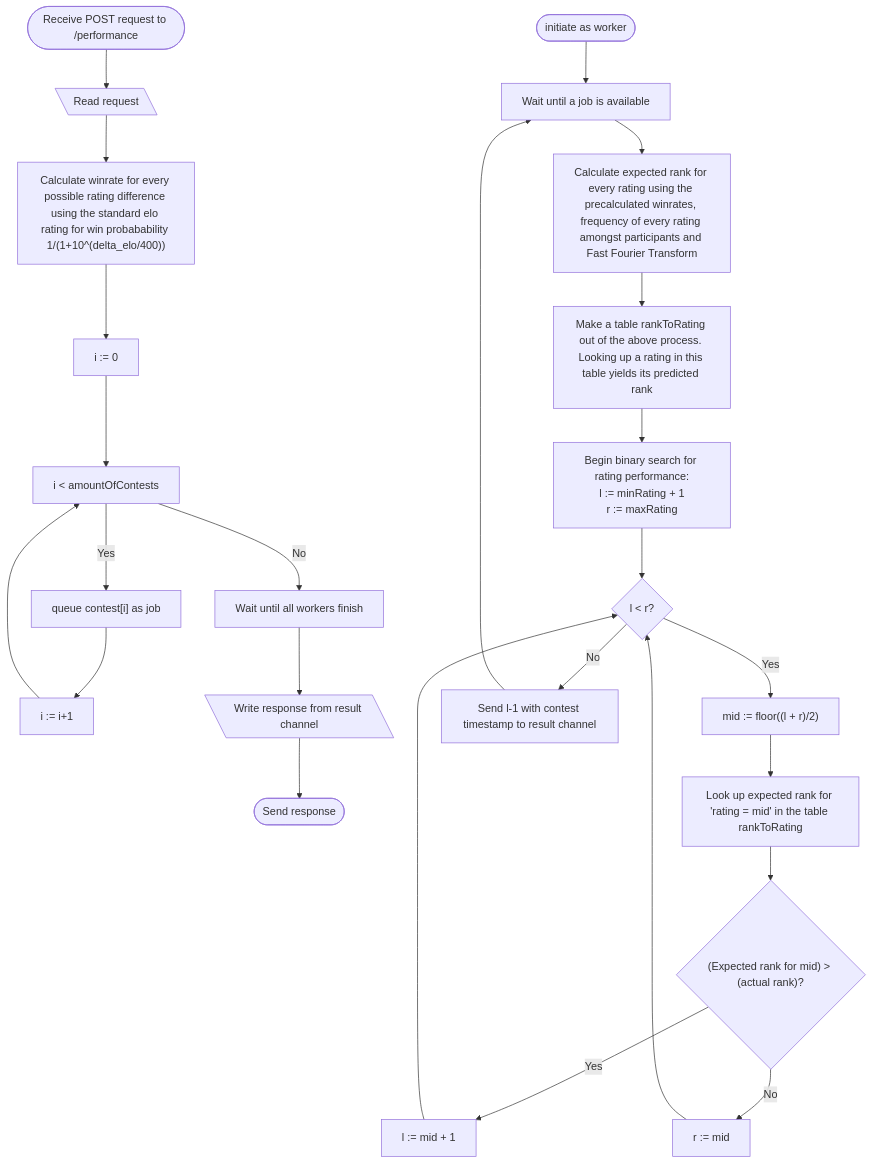
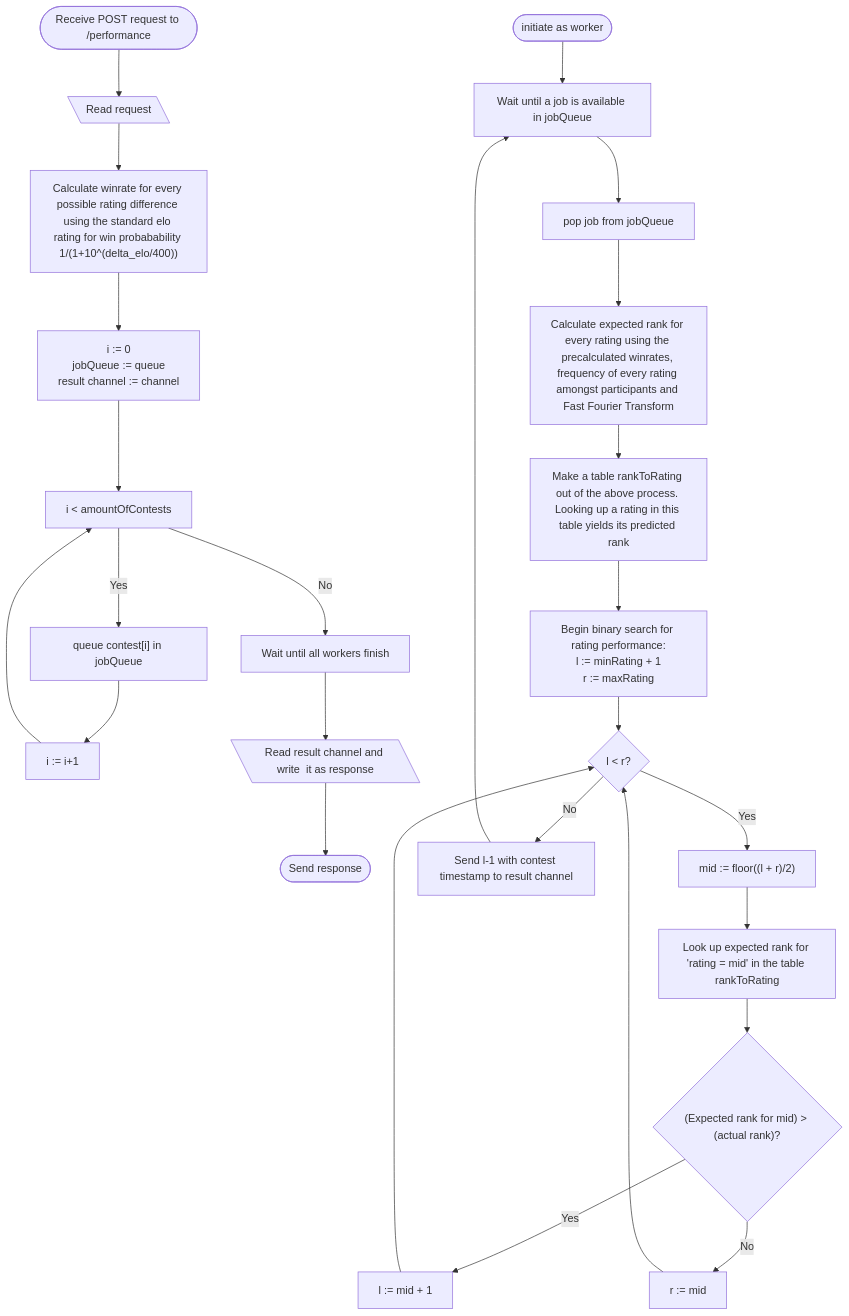
One commit to Yuqzii/codeforces-insights changed the diagram in docs/performance.md. Above: the diagram before and after it, drawn with Mermaid. The commit also changed other lines of this file, not shown here.

Commit message:
Improve response spec performance.md

````diff
--- a/docs/performance.md
+++ b/docs/performance.md
@@ -23,29 +26,30 @@
 ```mermaid
 flowchart TD
 	stadiumStart(["`Receive POST request to /performance`"])
 	--> paraRevStart[\"Read request"\]
 	--> WR["Calculate winrate for every possible rating difference using the standard elo rating for win probabability 1/(1+10^(delta_elo/400))"]
-	--> iterator["i := 0"]
+	--> iterator["i := 0 <br> jobQueue := queue <br> result channel := channel"]
 	--> forLoop["i < amountOfContests"]
-	forLoop -- Yes	--> addJ*b["queue contest[i] as job"]
+	forLoop -- Yes	--> addJ*b["queue contest[i] in jobQueue"]
 	--> increment[i := i+1] --> forLoop
 	forLoop -- No --> waitForWorkers["Wait until all workers finish"]
-	--> paraRevEnd[\"`Write response from result channel`"\]
+	--> paraRevEnd[\"`Read result channel and write  it as response`"\]
 	--> stadiumEnd(["`Send response`"])
+
 	Worker(["initiate as worker"])
-	--> WaitForJ*b["Wait until a job is available"] 
+	--> WaitForJ*b["Wait until a job is available in jobQueue"] 
+	--> getJob["pop job from jobQueue"]
 	--> Types["Calculate expected rank for every rating using the precalculated winrates, frequency of every rating amongst participants and Fast Fourier Transform"]
 	--> Table["Make a table rankToRating out of the above process. Looking up a rating in this table yields its predicted rank"]
 	--> DeclareLR["Begin binary search for rating performance:<br>l := minRating + 1<br>r := maxRating"]
     --> BinarySearch{"l &lt; r?"}
     BinarySearch -- Yes --> DefMid["mid := floor((l + r)/2)"]
     DefMid --> GetExpected["Look up expected rank for 'rating = mid' in the table rankToRating"]
     GetExpected --> Compare{"(Expected rank for mid) > (actual rank)?"}
     Compare -- Yes --> IncreaseL["l := mid + 1"]
     Compare -- No --> DecreaseR["r := mid"]
     IncreaseL --> BinarySearch
     DecreaseR --> BinarySearch
     BinarySearch -- No --> End["Send l-1 with contest timestamp to result channel"]
 	--> WaitForJ*b
-	
 ```
````
